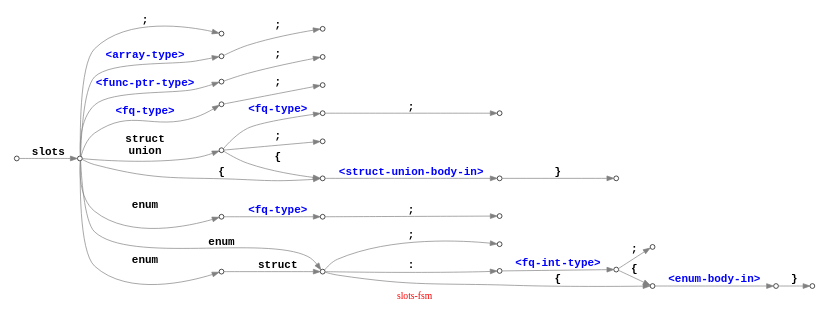
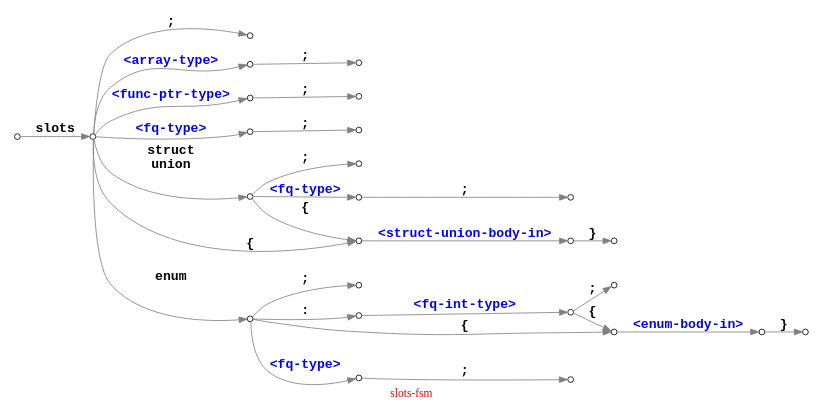
The diagram in slots-fsm.dot (Ayyzee/dakota), drawn with Graphviz before and after one commit.

Commit message:
Removed explicit support for 'enum struct' (just using enum implies enum struct).

```diff
--- a/slots-fsm.dot
+++ b/slots-fsm.dot
@@ -1,73 +1,64 @@
 // -*- mode: c++ -*-
 
 // slots <array-type>        ;        =>  typealias   slots-t = <array-type>      ;
 // slots <func-ptr-type>     ;        =>  typealias   slots-t = <func-ptr-type>   ;
 
 // slots             <>      ;        =>  typealias   slots-t =        <>         ;
 // slots struct      <>      ;        =>  typealias   slots-t = struct <>         ;
 // slots union       <>      ;        =>  typealias   slots-t = union  <>         ;
 // slots enum        <>      ;        =>  typealias   slots-t = enum   <>         ;
 
 // slots                     ;        =>  struct      slots-t                     ;
 // slots                     { ... }  =>  struct      slots-t                     { ... }
 
 // slots struct              ;        =>  struct      slots-t                     ;
 // slots struct              { ... }  =>  struct      slots-t                     { ... }
 
 // slots union               ;        =>  union       slots-t                     ;
 // slots union               { ... }  =>  union       slots-t                     { ... }
 
-// slots enum                ;        =>  enum        slots-t             : int-t ;
-// slots enum                { ... }  =>  enum        slots-t             : int-t { ... }
+// slots enum                ;        =>  enum struct slots-t                     ;
+// slots enum                { ... }  =>  enum struct slots-t                     { ... }
 //
-// slots enum           : <> ;        =>  enum        slots-t             : <>    ;
-// slots enum           : <> { ... }  =>  enum        slots-t             : <>    { ... }
-
-// slots enum struct         ;        =>  enum struct slots-t                     ;
-// slots enum struct         { ... }  =>  enum struct slots-t                     { ... }
-//
-// slots enum struct    : <> ;        =>  enum struct slots-t             : <>    ;
-// slots enum struct    : <> { ... }  =>  enum struct slots-t             : <>    { ... }
+// slots enum           : <> ;        =>  enum struct slots-t             : <>    ;
+// slots enum           : <> { ... }  =>  enum struct slots-t             : <>    { ... }
 
 digraph "slots-fsm" {
   graph [ rankdir = LR, label = "\G", fontcolor = red ];
   //graph [ page = "8.5,11" ];
   graph [ size = "7.5,10" ];
   edge [ fontsize = 16, fontname = "courier-bold", color = grey ];
   node [ shape = circle, fontsize = 12, width = 0.3, fixedsize = true ];
   node [ label = "", width = 0.1 ];
 
   000 -> 010 [ label = "slots" ];
 
   010 -> 015 [ label = ";" ];
   010 -> 141 [ label = "<array-type>", fontcolor = blue ];
   010 -> 142 [ label = "<func-ptr-type>", fontcolor = blue ];
   010 -> 140 [ label = "<fq-type>", fontcolor = blue ];
   140 -> 145 [ label = ";" ];
   141 -> 146 [ label = ";" ];
   142 -> 147 [ label = ";" ];
 
   010 -> 100 [ label = "struct\nunion" ];
   010 -> 110 [ label = "{" ];
   100 -> 110 [ label = "{" ];
   100 -> 105 [ label = ";" ];
   100 -> 150 [ label = "<fq-type>", fontcolor = blue ];
   150 -> 160 [ label = ";" ];
   110 -> 120 [ label = "<struct-union-body-in>", fontcolor = blue ];
   120 -> 130 [ label = "}" ];
 
   010 -> 031 [ label = "enum" ];
   031 -> 170 [ label = "<fq-type>", fontcolor = blue ];
   170 -> 180 [ label = ";" ];
-  030 -> 035 [ label = ";" ];
-  010 -> 020 [ label = "enum" ];
-  010 -> 030 [ label = "enum" ];
-  020 -> 030 [ label = "struct" ];
-  030 -> 040 [ label = ":" ];
-  030 -> 060 [ label = "{" ];
+  031 -> 035 [ label = ";" ];
+  031 -> 040 [ label = ":" ];
+  031 -> 060 [ label = "{" ];
   040 -> 050 [ label = "<fq-int-type>", fontcolor = blue ];
   050 -> 060 [ label = "{" ];
   050 -> 055 [ label = ";" ];
   060 -> 070 [ label = "<enum-body-in>", fontcolor = blue ];
   070 -> 080 [ label = "}" ];
 }
```
